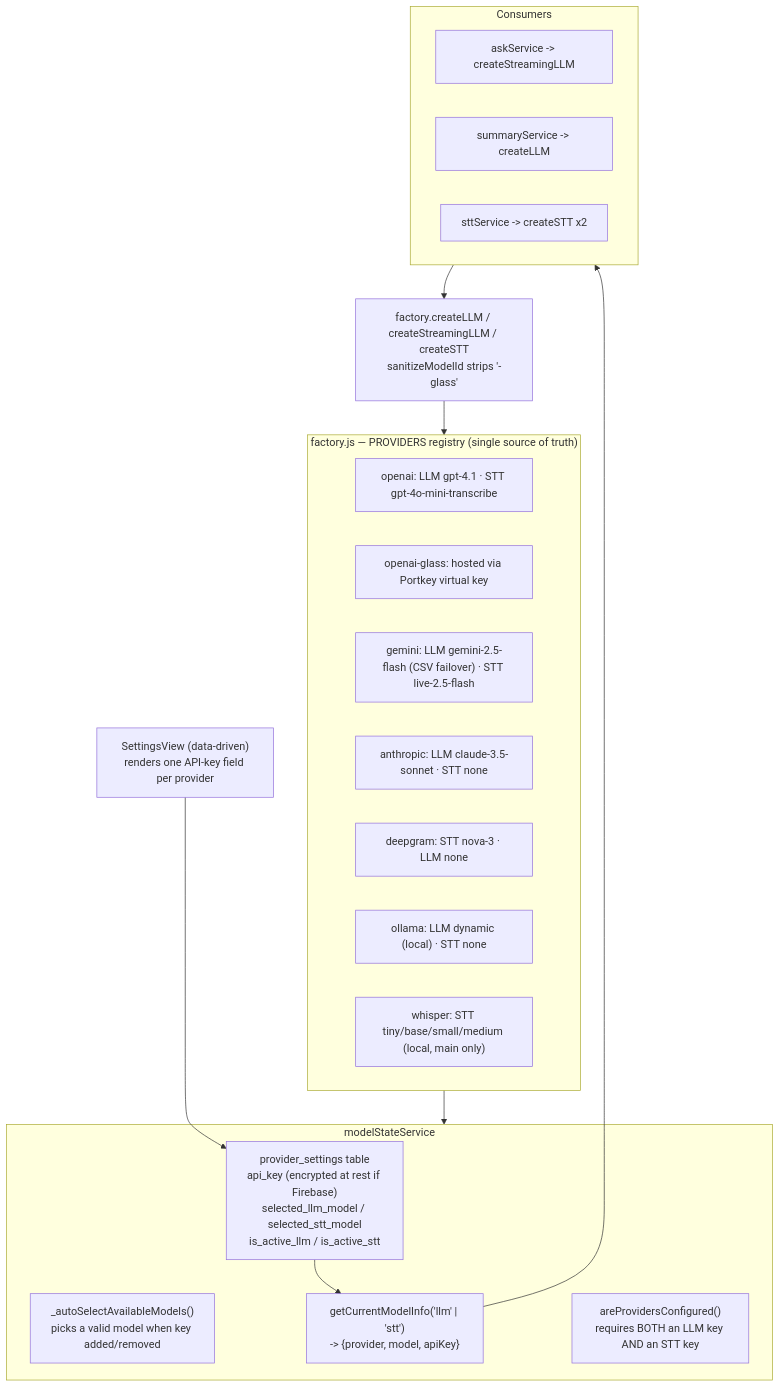
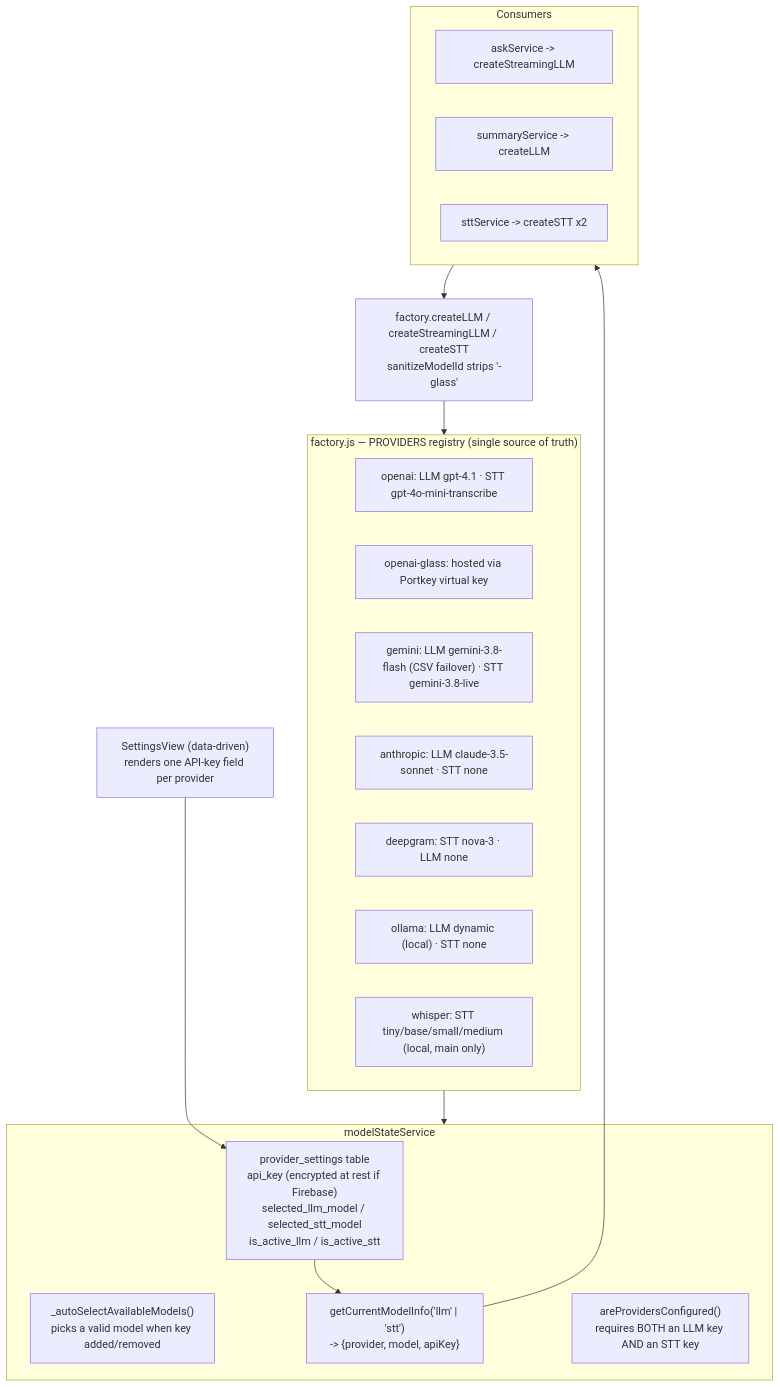
The diagram in docs/diagrams/10-provider-factory-and-model-state.mmd (tas88-sys/glass), drawn with Mermaid before and after one commit. The commit also changed 7 other files, not shown here.

First line of the commit message:
update gemini model defaults to 3.8 flash / 3.8 live

```diff
--- a/docs/diagrams/10-provider-factory-and-model-state.mmd
+++ b/docs/diagrams/10-provider-factory-and-model-state.mmd
@@ -1,35 +1,35 @@
 %% 10 - AI Provider Factory + Model State resolution
 %% A single registry (factory.js PROVIDERS) drives the whole model layer and the
 %% Settings UI. modelStateService resolves {provider, model, apiKey} at call time.
 flowchart TB
     subgraph registry["factory.js — PROVIDERS registry (single source of truth)"]
         direction LR
         r1["openai: LLM gpt-4.1 · STT gpt-4o-mini-transcribe"]
         r2["openai-glass: hosted via Portkey virtual key"]
-        r3["gemini: LLM gemini-2.5-flash (CSV failover) · STT live-2.5-flash"]
+        r3["gemini: LLM gemini-3.8-flash (CSV failover) · STT gemini-3.8-live"]
         r4["anthropic: LLM claude-3.5-sonnet · STT none"]
         r5["deepgram: STT nova-3 · LLM none"]
         r6["ollama: LLM dynamic (local) · STT none"]
         r7["whisper: STT tiny/base/small/medium (local, main only)"]
     end
 
     subgraph state["modelStateService"]
         keys["provider_settings table<br/>api_key (encrypted at rest if Firebase)<br/>selected_llm_model / selected_stt_model<br/>is_active_llm / is_active_stt"]
         auto["_autoSelectAvailableModels()<br/>picks a valid model when key added/removed"]
         resolve["getCurrentModelInfo('llm' | 'stt')<br/>-> {provider, model, apiKey}"]
         gate["areProvidersConfigured()<br/>requires BOTH an LLM key AND an STT key"]
     end
 
     subgraph consumers["Consumers"]
         ask["askService -> createStreamingLLM"]
         summ["summaryService -> createLLM"]
         stt["sttService -> createSTT x2"]
     end
 
     registry --> state
     keys --> resolve
     resolve --> consumers
     consumers --> dispatch["factory.createLLM / createStreamingLLM / createSTT<br/>sanitizeModelId strips '-glass'"]
     dispatch --> registry
 
     settingsui["SettingsView (data-driven)<br/>renders one API-key field per provider"] --> keys
```
